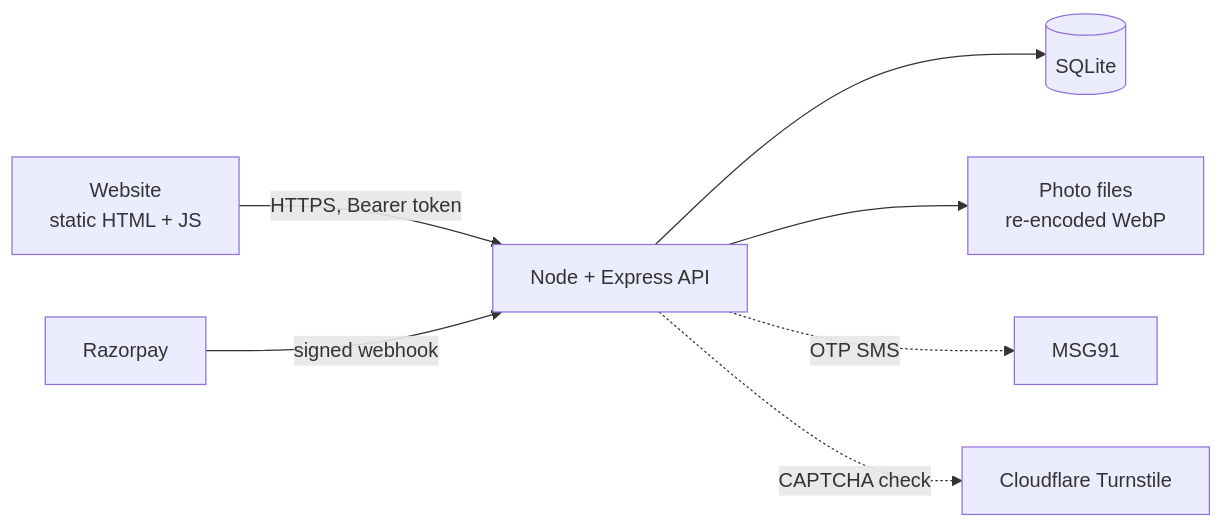
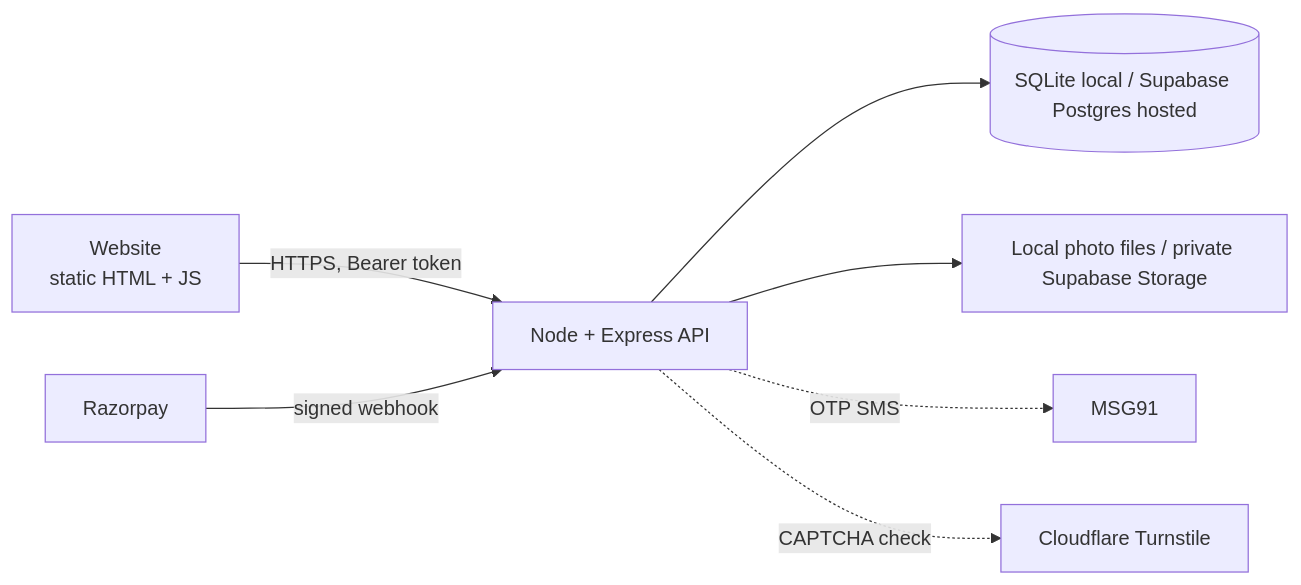
One commit to Jayantdha/va_ca changed the diagram in 0-va-ca-source/README.md. Above: the diagram before and after it, drawn with Mermaid. The commit also changed other lines of this file and 11 other files, not shown here.

````diff
--- a/0-va-ca-source/README.md
+++ b/0-va-ca-source/README.md
@@ -24,9 +24,9 @@
 ```mermaid
 flowchart LR
   W[Website<br/>static HTML + JS] -->|HTTPS, Bearer token| A[Node + Express API]
-  A --> D[(SQLite)]
-  A --> P[Photo files<br/>re-encoded WebP]
+  A --> D[(SQLite local / Supabase Postgres hosted)]
+  A --> P[Local photo files / private Supabase Storage]
   A -.OTP SMS.-> M[MSG91]
   A -.CAPTCHA check.-> T[Cloudflare Turnstile]
   R[Razorpay] -- signed webhook --> A
 ```
````
